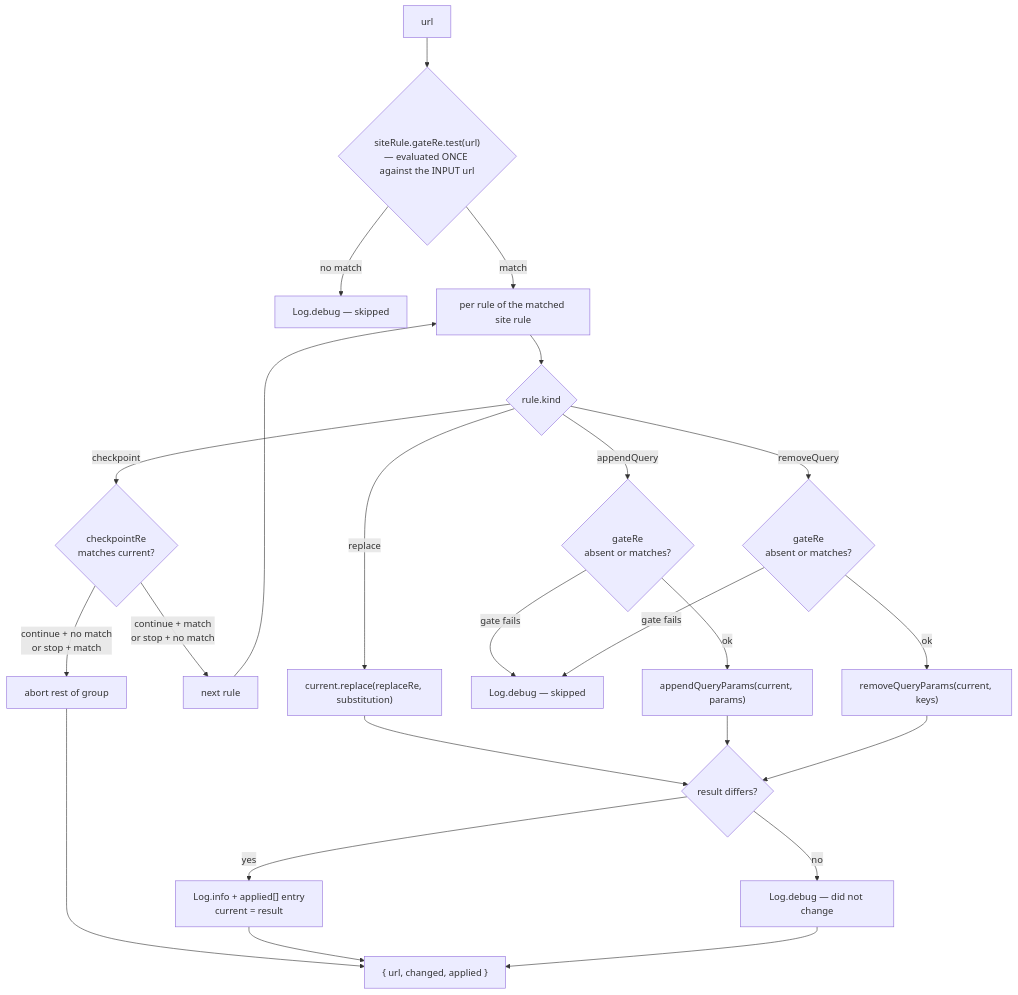
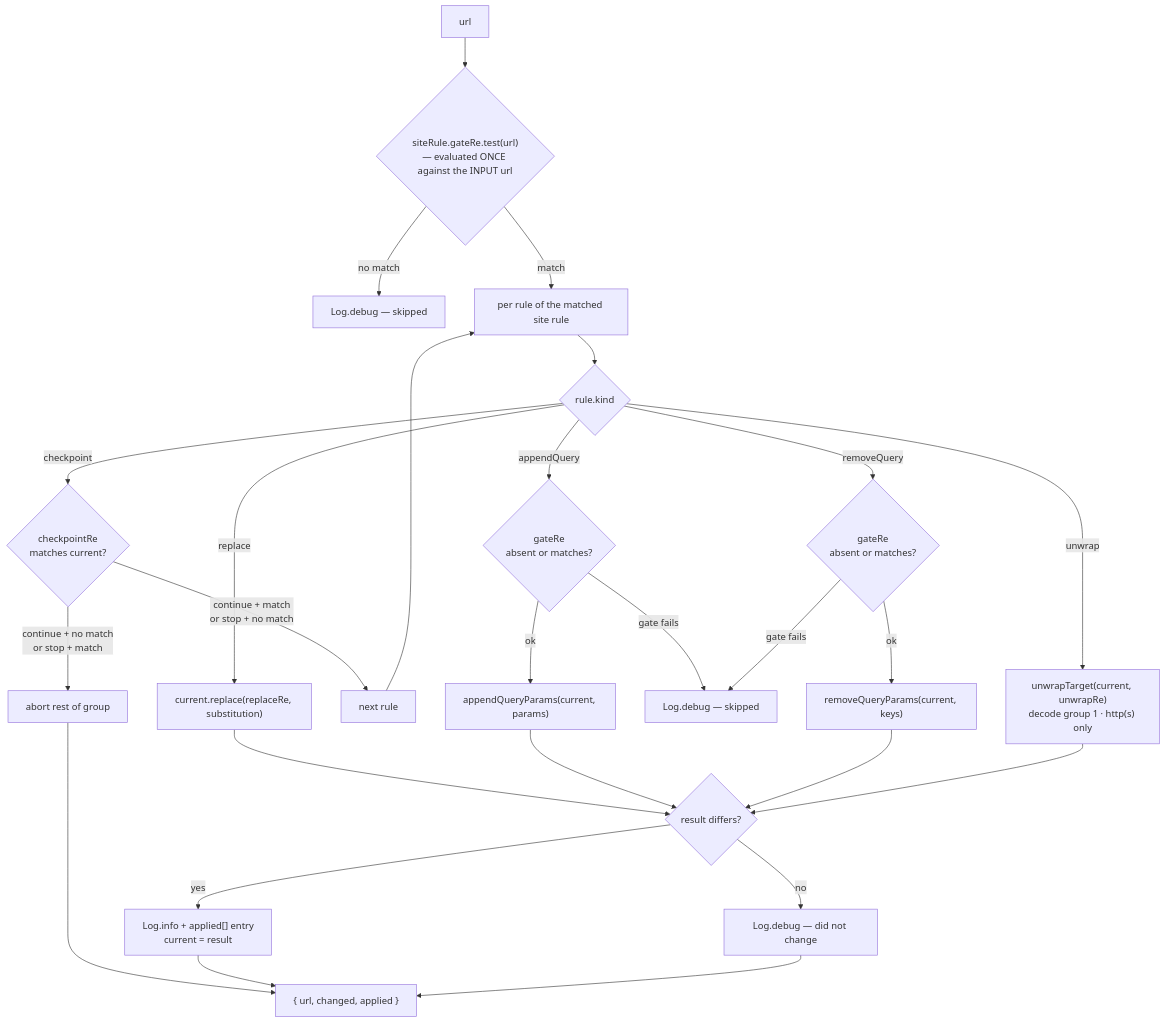
One commit to JanGaida/redirect-rules changed the third of 5 diagrams in docs/architecture/redirect-engine.md. Above: the diagram before and after it, drawn with Mermaid. The commit also changed other lines of this file and 40 other files, not shown here.

First line of the commit message:
feat(rules): add unwrap kind and twelve first-boot use cases

````diff
--- a/docs/architecture/redirect-engine.md
+++ b/docs/architecture/redirect-engine.md
@@ -107,26 +118,28 @@
 ```mermaid
 flowchart TB
     In["url"] --> Filter{"siteRule.gateRe.test(url)<br/>— evaluated ONCE against the INPUT url"}
     Filter -->|"no match"| Skip["Log.debug — skipped"]
     Filter -->|"match"| Rules["per rule of the matched site rule"]
     Rules --> Kind{"rule.kind"}
     Kind -->|"replace"| Replace["current.replace(replaceRe, substitution)"]
     Kind -->|"appendQuery"| QGate{"gateRe<br/>absent or matches?"}
     Kind -->|"removeQuery"| RQGate{"gateRe<br/>absent or matches?"}
     Kind -->|"checkpoint"| CGate{"checkpointRe<br/>matches current?"}
+    Kind -->|"unwrap"| Unwrap["unwrapTarget(current, unwrapRe)<br/>decode group 1 · http(s) only"]
     CGate -->|"continue + match<br/>or stop + no match"| NextRule["next rule"]
     CGate -->|"continue + no match<br/>or stop + match"| Abort["abort rest of group"]
     NextRule --> Rules
     Abort --> Out["{ url, changed, applied }"]
     QGate -->|"gate fails"| SkipRule["Log.debug — skipped"]
     QGate -->|"ok"| Append["appendQueryParams(current, params)"]
     RQGate -->|"gate fails"| SkipRule
     RQGate -->|"ok"| Remove["removeQueryParams(current, keys)"]
     Replace --> Changed{"result differs?"}
     Append --> Changed
     Remove --> Changed
+    Unwrap --> Changed
     Changed -->|"yes"| Record["Log.info + applied[] entry<br/>current = result"]
     Changed -->|"no"| Next["Log.debug — did not change"]
     Record --> Out
     Next --> Out
 ```
````
